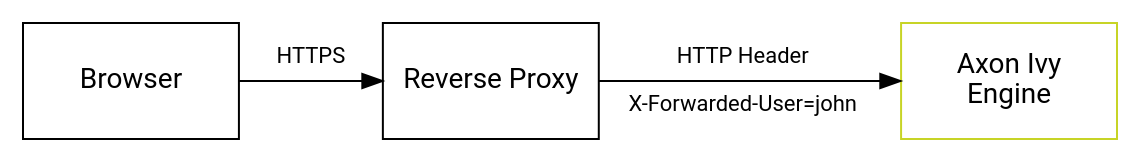
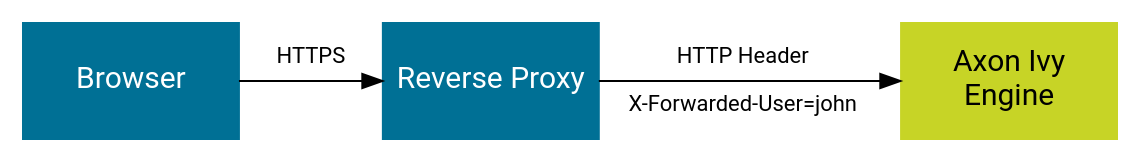
Before and after one commit to bernhardAxonIvy/doc: the diagram in source/engine-guide/integration/single-sign-on/overview.dot, drawn with Graphviz. The commit also changed 15 other files, not shown here.

First line of the commit message:
XIVY-9337 doc update all dot graphics for wysiwyg (#649)

```diff
--- a/source/engine-guide/integration/single-sign-on/overview.dot
+++ b/source/engine-guide/integration/single-sign-on/overview.dot
@@ -1,17 +1,20 @@
 digraph overview {
   layout=neato;
-  node [shape=box, fontname="Roboto,Helvetica Neue,Arial,sans-serif",margin=0, fixedsize="true"]; 
-  
+
+  node [shape=box, height="0.8", width="2", color="#007095", style=filled, fixedsize="true", margin=0, 
+        fontname="Roboto,Helvetica Neue,Arial,sans-serif", fontcolor="white", fontsize=15
+       ]; 
+    
   /* nodes */
   browser [label="Browser",            pos="0.0,0.0!", height="0.8", width="1.5"];
   reverseproxy [label="Reverse Proxy", pos="2.5,0.0!", height="0.8", width="1.5"]; 
   engine [label="Axon Ivy\nEngine",    pos="6.1,0.0!", height="0.8", width="1.5", color="#C7D426", fontcolor="black"];
   
   /* labels */
   browser -> reverseproxy;
   reverseproxy -> engine;
 
   /* label edges */
   browser_reverseproxy [label="HTTPS\n \n ",                          pos="1.25,0.0!", height="0.8", width="2.0", shape=none, fillcolor=none, fontcolor="black", fontsize="11"];
   reverseproxy_engine [label="HTTP Header\n \nX-Forwarded-User=john", pos="4.25,0.0!", height="0.8", width="2.0", shape=none, fillcolor=none, fontcolor="black", fontsize="11"];
 }
```
